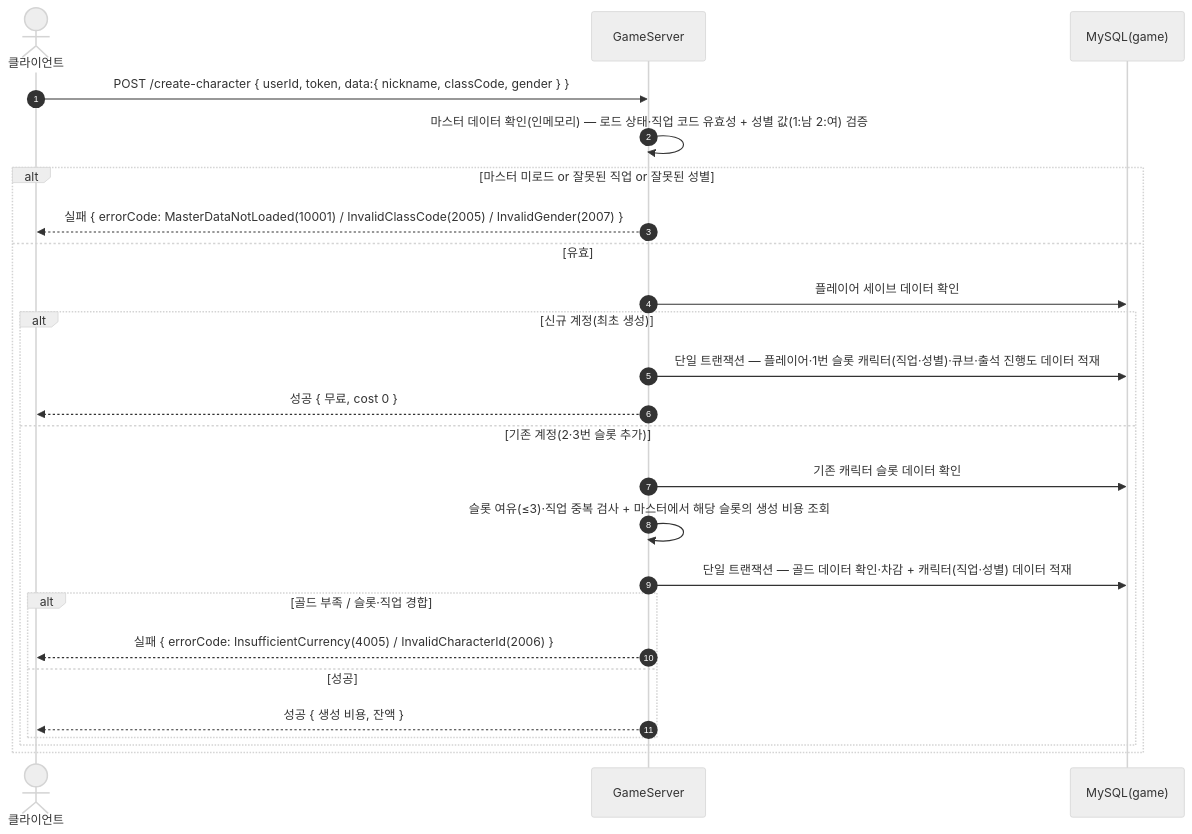
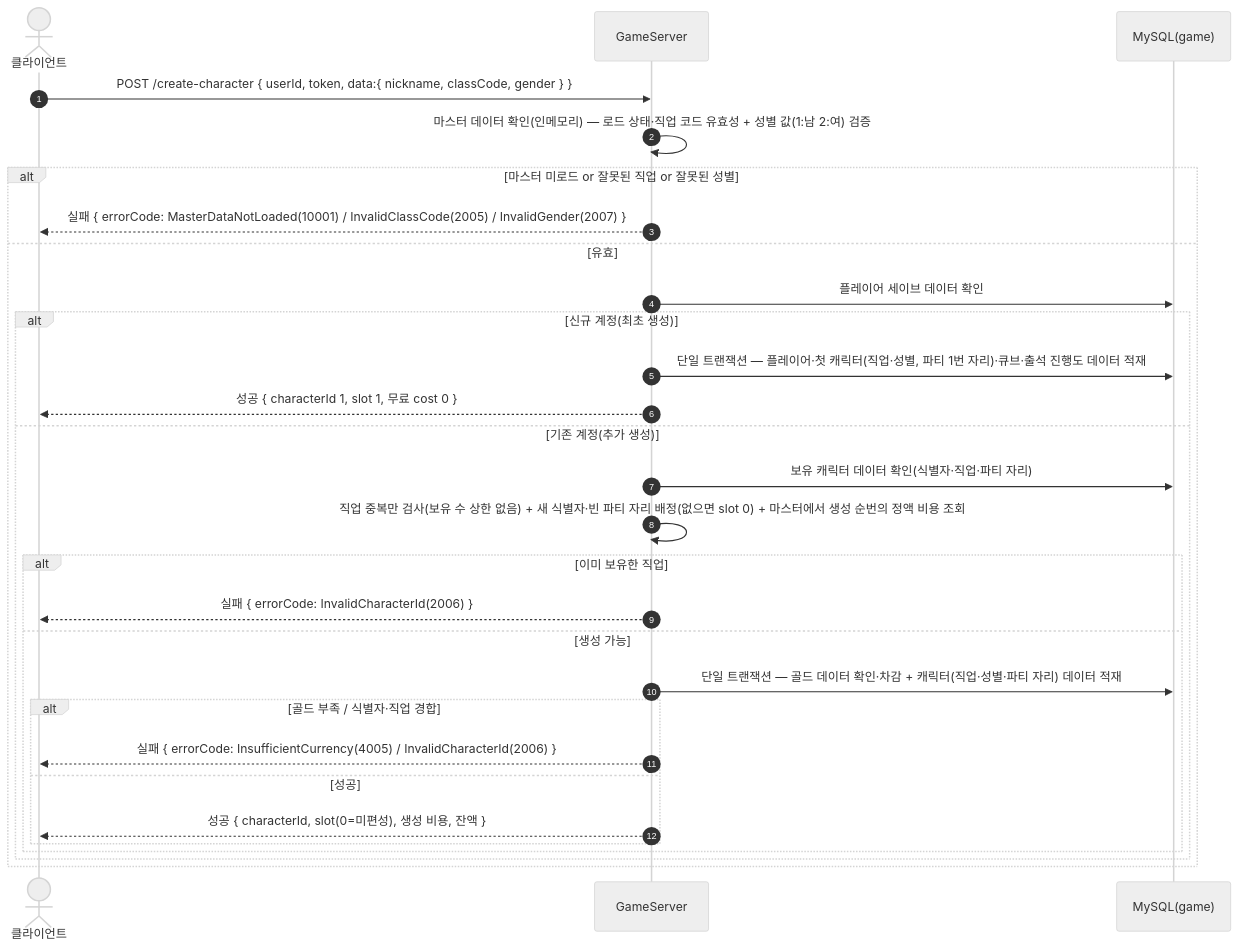
Before and after one commit to ks-wook/com2us-taskbar-hero: the sixth of 33 diagrams in SequenceDiagram/README.md, drawn with Mermaid (neutral theme). The commit also changed other lines of this file and 17 other files, not shown here.

````diff
--- a/SequenceDiagram/README.md
+++ b/SequenceDiagram/README.md
@@ -200,28 +200,32 @@
 ```mermaid
 sequenceDiagram
     autonumber
     actor C as 클라이언트
     participant S as GameServer
     participant DB as MySQL(game)
 
     C->>S: POST /create-character { userId, token, data:{ nickname, classCode, gender } }
     S->>S: 마스터 데이터 확인(인메모리) — 로드 상태·직업 코드 유효성 + 성별 값(1:남 2:여) 검증
     alt 마스터 미로드 or 잘못된 직업 or 잘못된 성별
         S-->>C: 실패 { errorCode: MasterDataNotLoaded(10001) / InvalidClassCode(2005) / InvalidGender(2007) }
     else 유효
         S->>DB: 플레이어 세이브 데이터 확인
         alt 신규 계정(최초 생성)
-            S->>DB: 단일 트랜잭션 — 플레이어·1번 슬롯 캐릭터(직업·성별)·큐브·출석 진행도 데이터 적재
-            S-->>C: 성공 { 무료, cost 0 }
-        else 기존 계정(2·3번 슬롯 추가)
-            S->>DB: 기존 캐릭터 슬롯 데이터 확인
-            S->>S: 슬롯 여유(≤3)·직업 중복 검사 + 마스터에서 해당 슬롯의 생성 비용 조회
-            S->>DB: 단일 트랜잭션 — 골드 데이터 확인·차감 + 캐릭터(직업·성별) 데이터 적재
-            alt 골드 부족 / 슬롯·직업 경합
-                S-->>C: 실패 { errorCode: InsufficientCurrency(4005) / InvalidCharacterId(2006) }
-            else 성공
-                S-->>C: 성공 { 생성 비용, 잔액 }
+            S->>DB: 단일 트랜잭션 — 플레이어·첫 캐릭터(직업·성별, 파티 1번 자리)·큐브·출석 진행도 데이터 적재
+            S-->>C: 성공 { characterId 1, slot 1, 무료 cost 0 }
+        else 기존 계정(추가 생성)
+            S->>DB: 보유 캐릭터 데이터 확인(식별자·직업·파티 자리)
+            S->>S: 직업 중복만 검사(보유 수 상한 없음) + 새 식별자·빈 파티 자리 배정(없으면 slot 0) + 마스터에서 생성 순번의 정액 비용 조회
+            alt 이미 보유한 직업
+                S-->>C: 실패 { errorCode: InvalidCharacterId(2006) }
+            else 생성 가능
+                S->>DB: 단일 트랜잭션 — 골드 데이터 확인·차감 + 캐릭터(직업·성별·파티 자리) 데이터 적재
+                alt 골드 부족 / 식별자·직업 경합
+                    S-->>C: 실패 { errorCode: InsufficientCurrency(4005) / InvalidCharacterId(2006) }
+                else 성공
+                    S-->>C: 성공 { characterId, slot(0=미편성), 생성 비용, 잔액 }
+                end
             end
         end
     end
 ```
````
